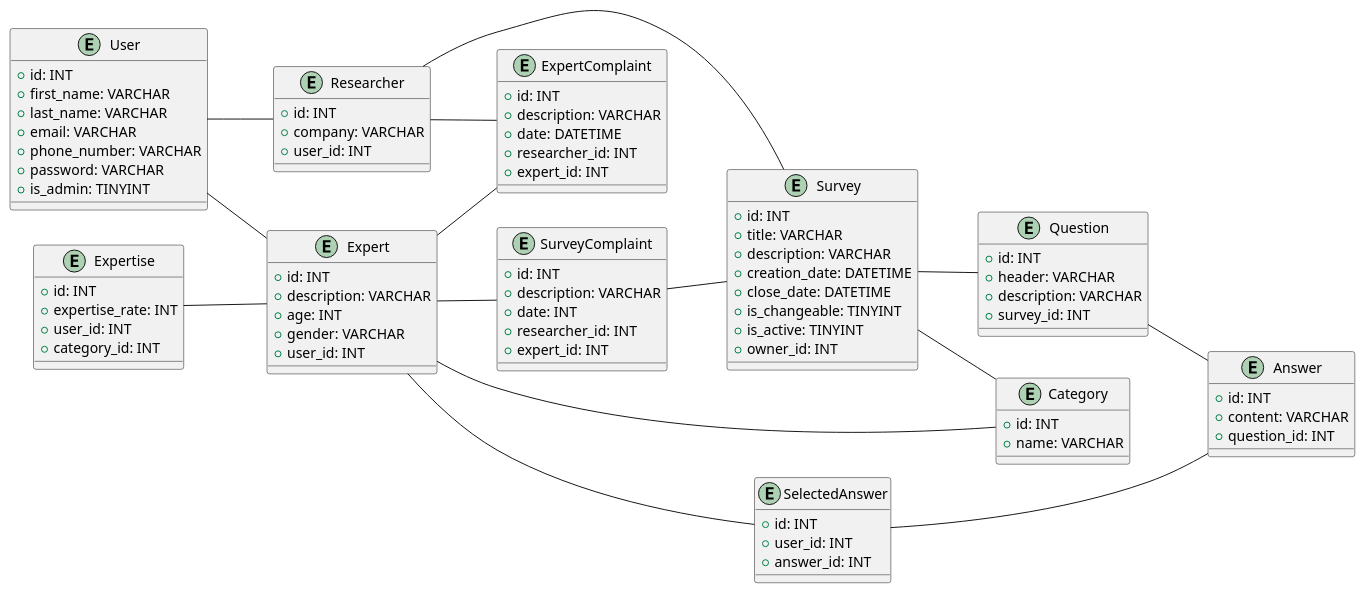
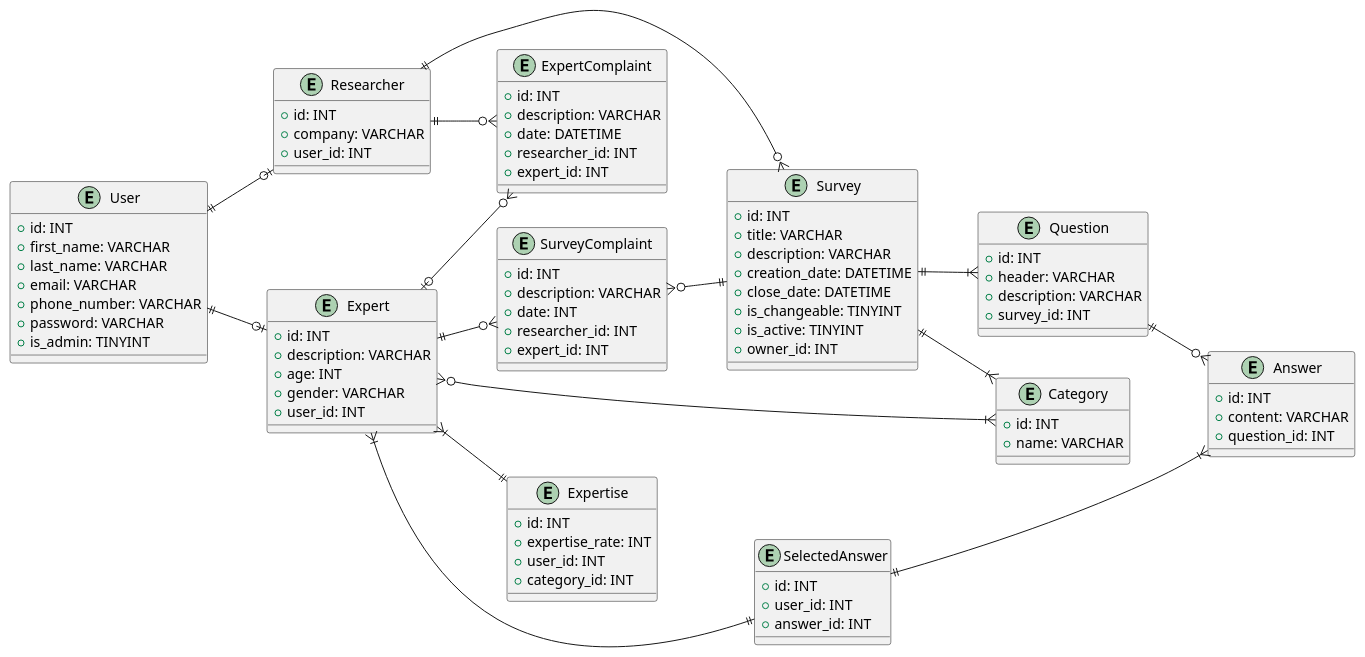
The second of 2 diagrams in docs/design.md (generalmaks/db_labs), drawn with PlantUML before and after one commit.

Commit message:
Fix ER model

```diff
--- a/docs/design.md
+++ b/docs/design.md
@@ -263,26 +263,26 @@
   }
     
   
-  "User" -- "Researcher"
-  "User" -- "Expert"
+  "User" ||--o| "Researcher"
+  "User" ||--o| "Expert"
    
-  "Researcher" -- "ExpertComplaint"
-  "Researcher" -- "Survey"
+  "Researcher" ||--o{ "ExpertComplaint"
+  "Researcher" ||--o{ "Survey"
+ 
+  "Expert" |o--o{ "ExpertComplaint"
+  "Expert" }o--|{ "Category"
+  "Expert" }|--|| "Expertise"
+  "Expert" }|--|| "SelectedAnswer"
+  "Expert" ||--o{ "SurveyComplaint"
   
-  "Expert" -- "ExpertComplaint"
-  "Expert" -- "Category"
-  "Expertise" -- "Expert"
-  "Expert" -- "SelectedAnswer"
-  "Expert" -- "SurveyComplaint"
+  "SurveyComplaint" }o--|| "Survey" 
   
-  "SurveyComplaint" -- "Survey" 
+  "Survey" ||--|{ "Question"
+  "Survey" ||--|{ "Category"
   
-  "Survey" -- "Question"
-  "Survey" -- "Category"
+  "Question" ||--o{ "Answer"
   
-  "Question" -- "Answer"
-  
-  "SelectedAnswer" -- "Answer"
+  "SelectedAnswer" ||--|{ "Answer"
 
   
 
```
